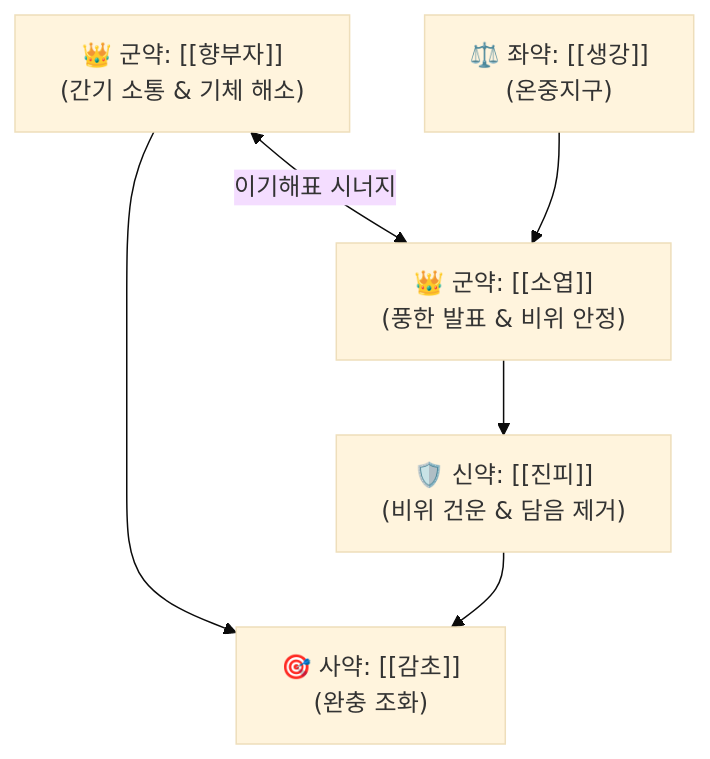
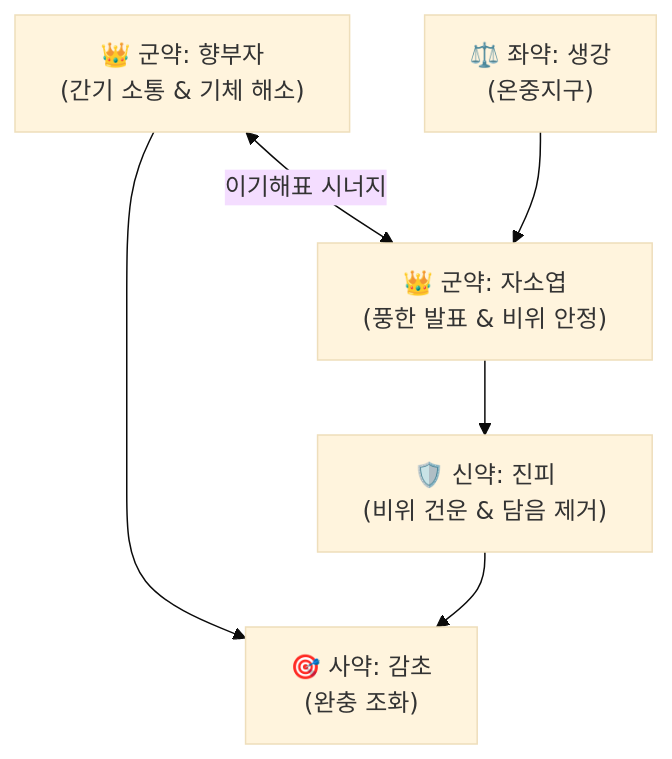
Before and after one commit to simbio11/simbio-digital-garden2: the diagram in content/2. 약리 공부/처방/01_해표제/향소산.md, drawn with Mermaid (base theme). The commit also changed other lines of this file and 323 other files, not shown here.

````diff
--- a/content/2. 약리 공부/처방/01_해표제/향소산.md
+++ b/content/2. 약리 공부/처방/01_해표제/향소산.md
@@ -45,8 +47,8 @@
 ```mermaid
 graph TD
-    HBY["👑 군약: [[향부자]]<br>(간기 소통 & 기체 해소)"] <-->|이기해표 시너지| SY["👑 군약: [[소엽]]<br>(풍한 발표 & 비위 안정)"]
-    SY --> JP["🛡️ 신약: [[진피]]<br>(비위 건운 & 담음 제거)"]
-    SG["⚖️ 좌약: [[생강]]<br>(온중지구)"] --> SY
-    HBY --> GC["🎯 사약: [[감초]]<br>(완충 조화)"]
+    HBY["👑 군약: 향부자<br>(간기 소통 & 기체 해소)"] <-->|이기해표 시너지| SY["👑 군약: 자소엽<br>(풍한 발표 & 비위 안정)"]
+    SY --> JP["🛡️ 신약: 진피<br>(비위 건운 & 담음 제거)"]
+    SG["⚖️ 좌약: 생강<br>(온중지구)"] --> SY
+    HBY --> GC["🎯 사약: 감초<br>(완충 조화)"]
     JP --> GC
 ```
````
